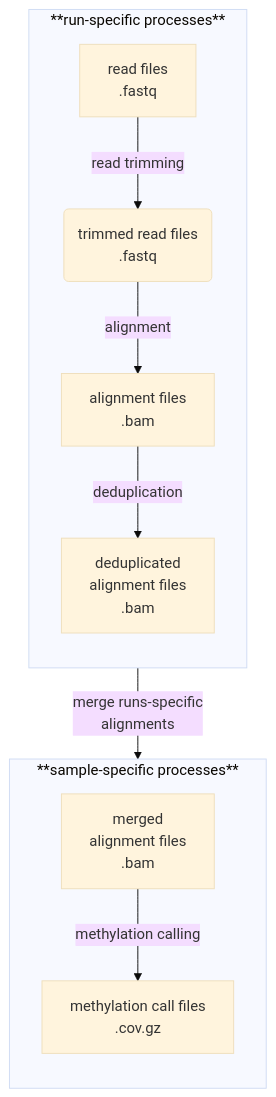
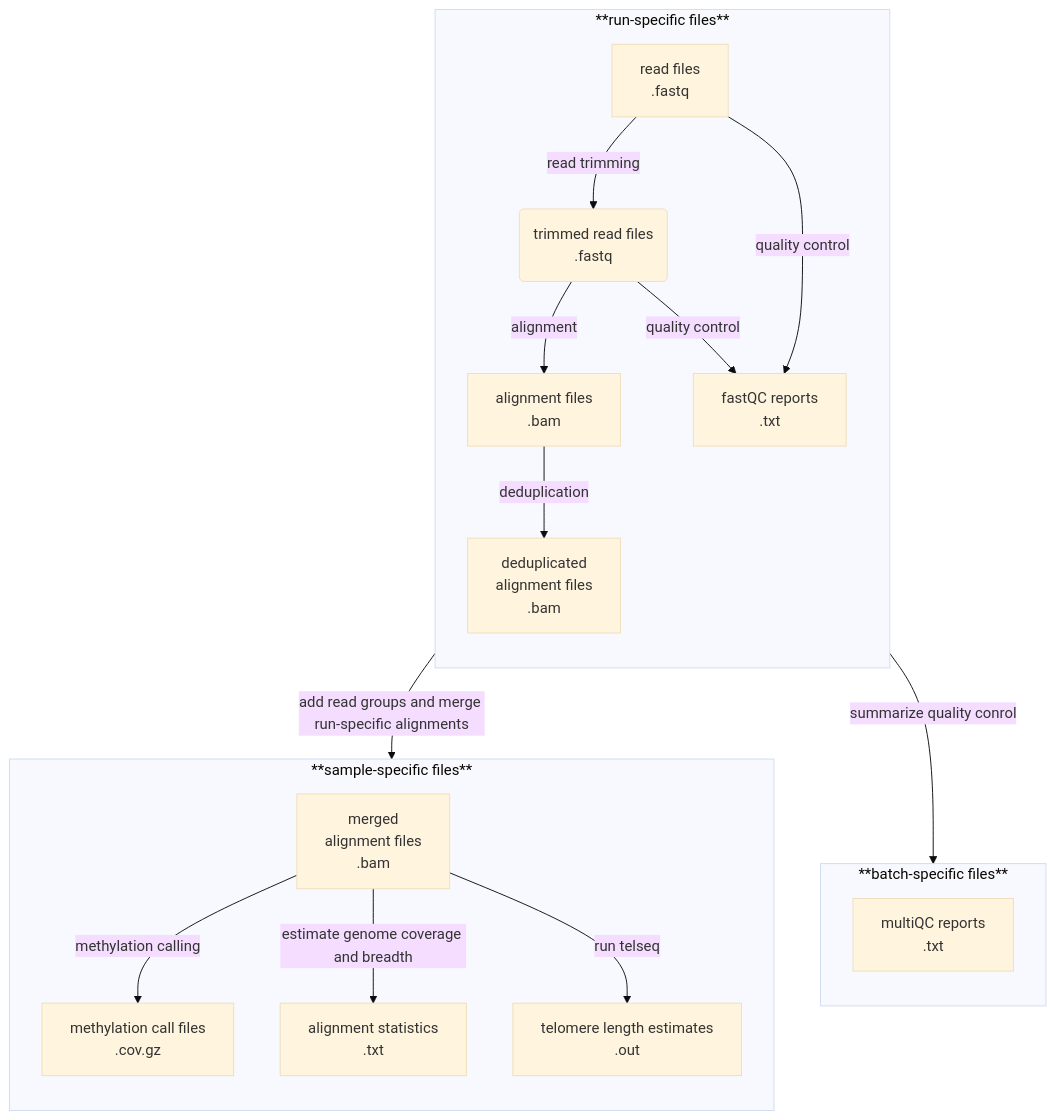
Before and after one commit to MLindner0/bioinformatics_wgbs_soaysheep: the diagram in README.md, drawn with Mermaid (base theme).

````diff
--- a/README.md
+++ b/README.md
@@ -16,14 +16,23 @@
 ```mermaid
 flowchart TD
-    subgraph SGA [**run-specific processes**]
+    subgraph SGA [**run-specific files**]
         direction TB
         A[read files <br> .fastq ] --> |read trimming| B(trimmed read files <br> .fastq)
         B --> |alignment| C[alignment files <br> .bam]
         C --> |deduplication| D[deduplicated <br> alignment files <br> .bam ]
+        A --> |quality control| H[fastQC reports <br> .txt]
+        B --> |quality control| H[fastQC reports <br> .txt]
     end
-    subgraph SG2 [**sample-specific processes**]
+    subgraph SG2 [**sample-specific files**]
         direction TB
         E[merged <br> alignment files <br> .bam] --> |methylation calling| F[methylation call files <br> .cov.gz]
+        E --> |estimate genome coverage and breadth| I[alignment statistics <br> .txt]
+        E --> |run telseq| J[telomere length estimates <br> .out]
     end
-    D --> |merge runs-specific <br> alignments| SG2
+    D --> |add read groups and merge run-specific alignments| SG2
+    subgraph SG3 [**batch-specific files**]
+        direction TB
+        G[multiQC reports <br> .txt] 
+    end
+    H --> |summarize quality conrol| SG3
 ```
````
